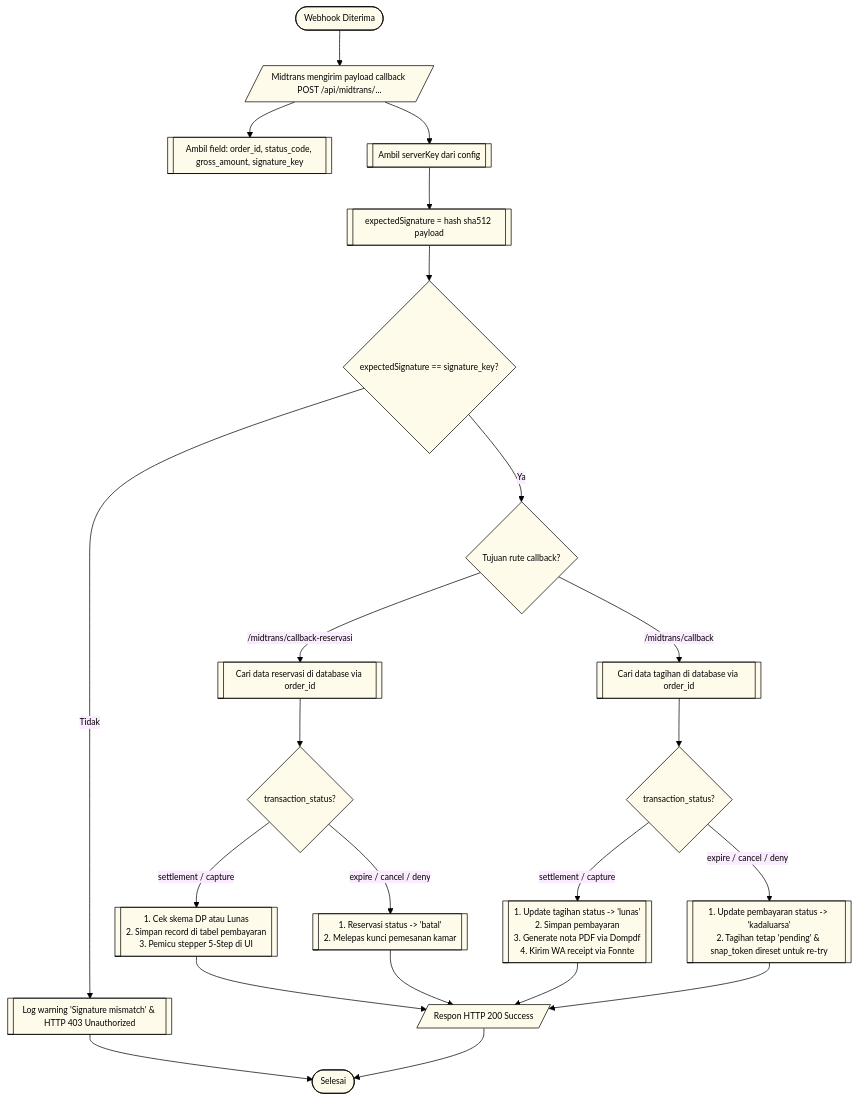
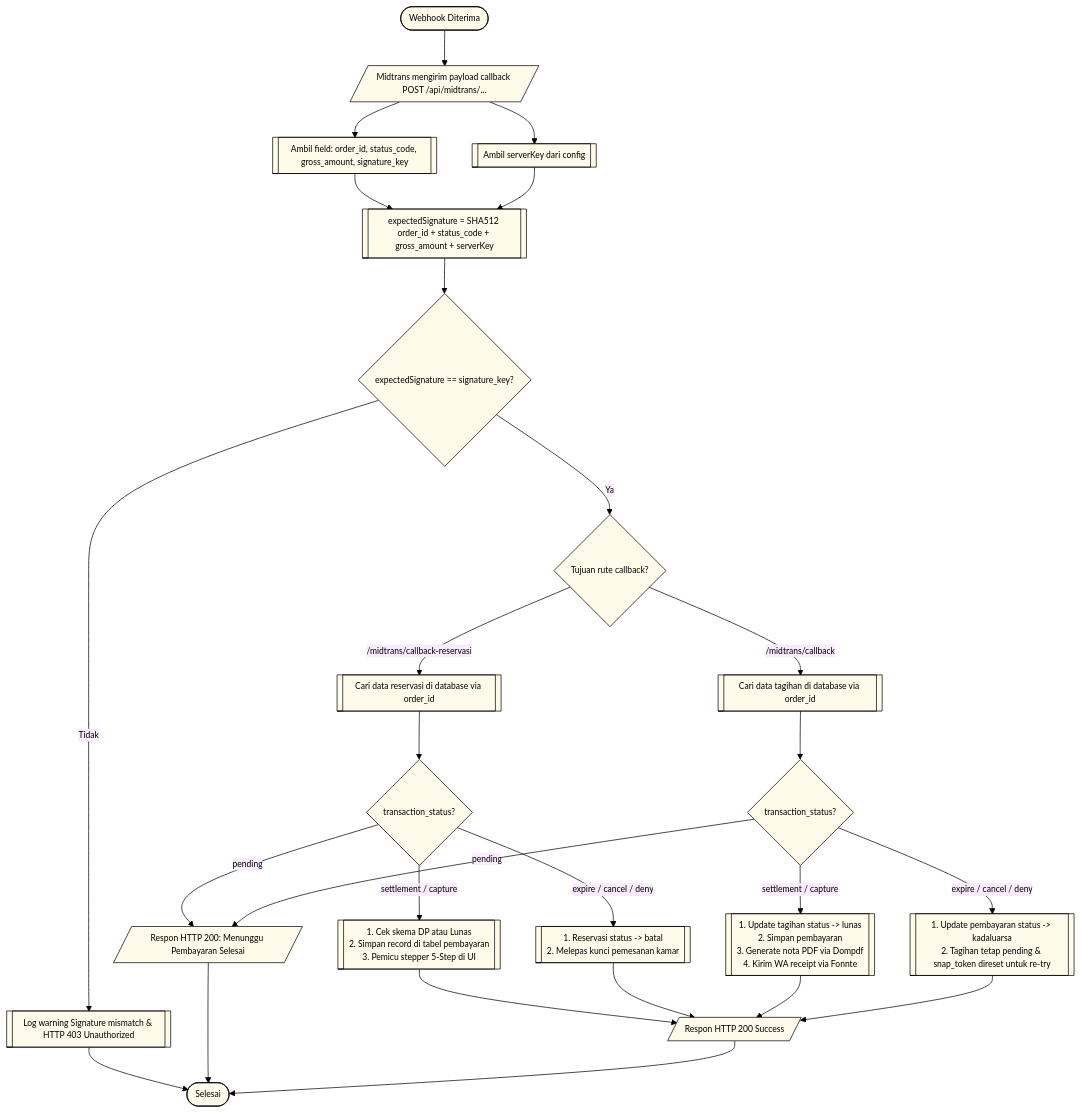
One commit to rafifarsyapradiva/asri-boarding-house changed diagram 21 of 24 in Blueprint/Flowchart_Kost.md. Above: the diagram before and after it, drawn with Mermaid. The commit also changed other lines of this file and 40 other files, not shown here.

Commit message:
docs(flowchart): audit ISO 5807, eliminasi dead-end & loop, diagram alur keputusan terpadu, dan update blueprint v238.0

````diff
--- a/Blueprint/Flowchart_Kost.md
+++ b/Blueprint/Flowchart_Kost.md
@@ -1309,44 +1546,48 @@
 ```mermaid
 %%{init: {
   'theme': 'base',
   'themeVariables': {
     'primaryColor': '#FFFBEB',
     'primaryTextColor': '#000000',
     'primaryBorderColor': '#000000',
     'lineColor': '#000000',
     'fontSize': '12px',
     'fontFamily': 'Inter, system-ui, sans-serif'
   }
 }}%%
 flowchart TD
     Start([Webhook Diterima]) --> GetPayload[/Midtrans mengirim payload callback POST /api/midtrans/.../]
     GetPayload --> ExtractFields[[Ambil field: order_id, status_code, gross_amount, signature_key]]
     GetPayload --> LoadServerKey[[Ambil serverKey dari config]]
     
-    LoadServerKey --> CalcSignature[[expectedSignature = hash sha512 payload]]
+    ExtractFields --> CalcSignature[[expectedSignature = SHA512 order_id + status_code + gross_amount + serverKey]]
+    LoadServerKey --> CalcSignature
     CalcSignature --> VerifySig{"expectedSignature == signature_key?"}
     
-    VerifySig -- "Tidak" --> RejectSig[[Log warning 'Signature mismatch' & HTTP 403 Unauthorized]]
+    VerifySig -- "Tidak" --> RejectSig[[Log warning Signature mismatch & HTTP 403 Unauthorized]]
     RejectSig --> Selesai([Selesai])
     
     VerifySig -- "Ya" --> RouteCallback{"Tujuan rute callback?"}
     
     RouteCallback -- "/midtrans/callback-reservasi" --> GetReservasi[[Cari data reservasi di database via order_id]]
     GetReservasi --> ReservasiStatus{"transaction_status?"}
     
     ReservasiStatus -- "settlement / capture" --> SetReservasiBayar[[1. Cek skema DP atau Lunas<br>2. Simpan record di tabel pembayaran<br>3. Pemicu stepper 5-Step di UI]]
-    ReservasiStatus -- "expire / cancel / deny" --> SetReservasiBatal[[1. Reservasi status -> 'batal'<br>2. Melepas kunci pemesanan kamar]]
+    ReservasiStatus -- "expire / cancel / deny" --> SetReservasiBatal[[1. Reservasi status -> batal<br>2. Melepas kunci pemesanan kamar]]
+    ReservasiStatus -- "pending" --> ResponPending[/Respon HTTP 200: Menunggu Pembayaran Selesai/]
     
     RouteCallback -- "/midtrans/callback" --> GetTagihan[[Cari data tagihan di database via order_id]]
     GetTagihan --> TagihanStatus{"transaction_status?"}
     
-    TagihanStatus -- "settlement / capture" --> SetTagihanLunas[[1. Update tagihan status -> 'lunas'<br>2. Simpan pembayaran<br>3. Generate nota PDF via Dompdf<br>4. Kirim WA receipt via Fonnte]]
-    TagihanStatus -- "expire / cancel / deny" --> SetTagihanGagal[[1. Update pembayaran status -> 'kadaluarsa'<br>2. Tagihan tetap 'pending' & snap_token direset untuk re-try]]
+    TagihanStatus -- "settlement / capture" --> SetTagihanLunas[[1. Update tagihan status -> lunas<br>2. Simpan pembayaran<br>3. Generate nota PDF via Dompdf<br>4. Kirim WA receipt via Fonnte]]
+    TagihanStatus -- "expire / cancel / deny" --> SetTagihanGagal[[1. Update pembayaran status -> kadaluarsa<br>2. Tagihan tetap pending & snap_token direset untuk re-try]]
+    TagihanStatus -- "pending" --> ResponPending
     
     SetReservasiBayar --> ResponSuccess[/Respon HTTP 200 Success/]
     SetReservasiBatal --> ResponSuccess
     SetTagihanLunas --> ResponSuccess
     SetTagihanGagal --> ResponSuccess
+    ResponPending --> Selesai
     
     ResponSuccess --> Selesai
 ```
````
